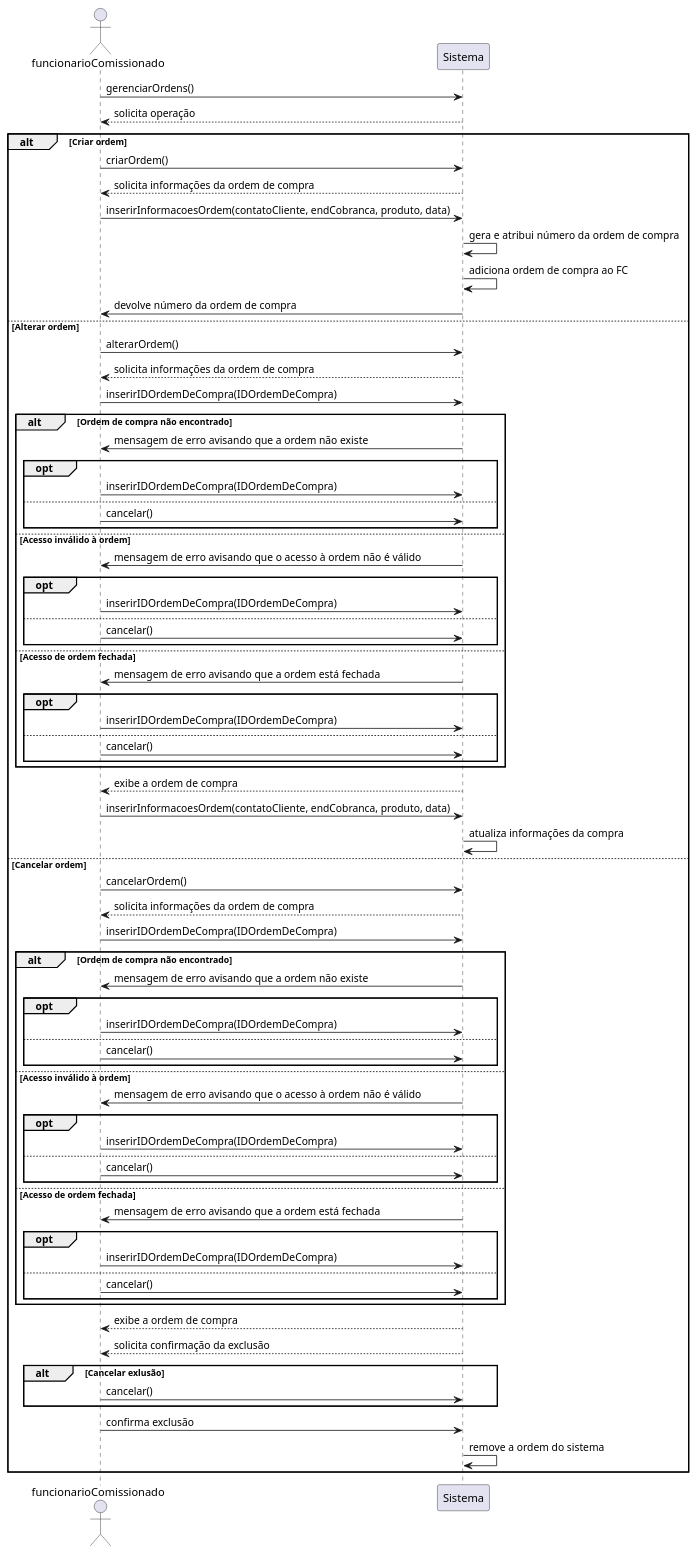
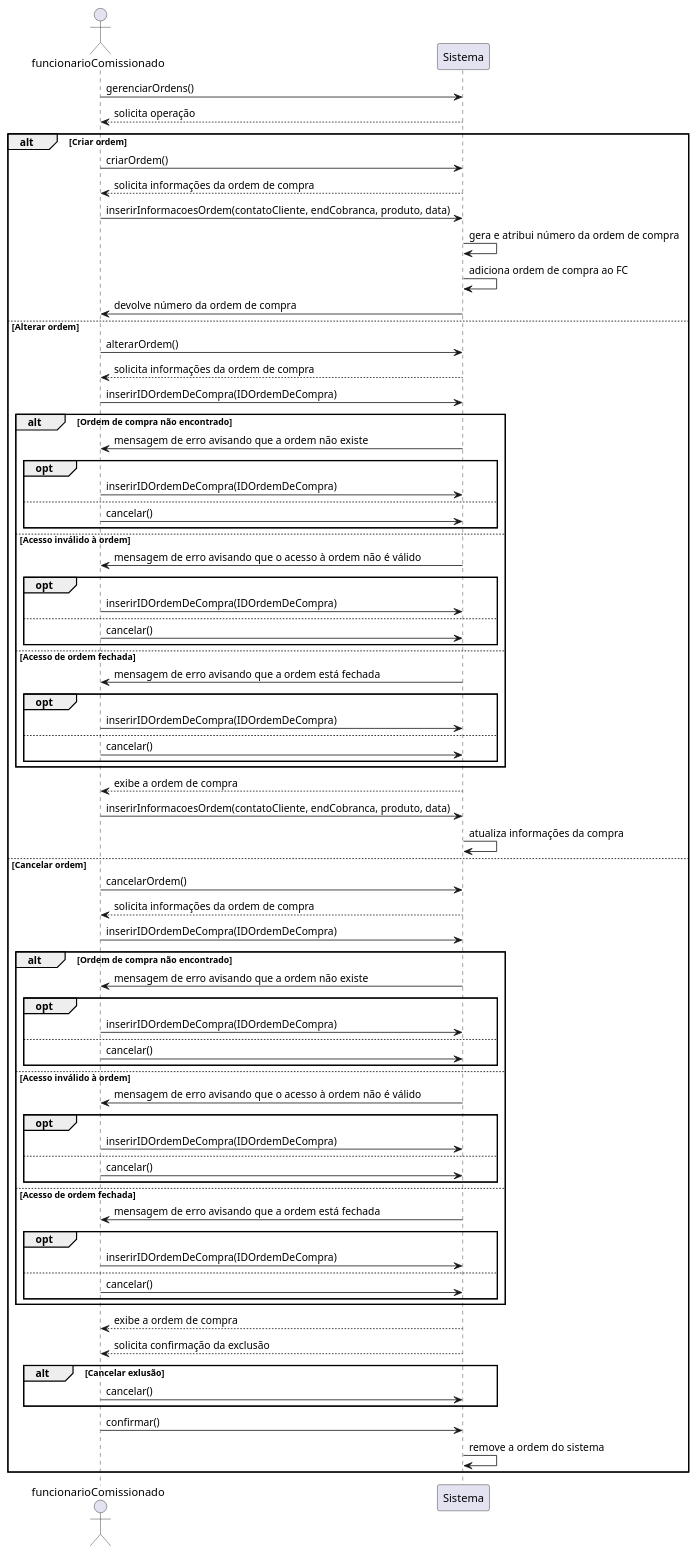
Before and after one commit to tikaradate/CI1163-Design_de_Software: the diagram in casos_de_uso/caso-6/6-DSS.plantuml, drawn with PlantUML. The commit also changed 2 other files, not shown here.

```diff
--- a/casos_de_uso/caso-6/6-DSS.plantuml
+++ b/casos_de_uso/caso-6/6-DSS.plantuml
@@ -1,80 +1,80 @@
 @startuml
 
 actor funcionarioComissionado as FC
 
 FC -> Sistema : gerenciarOrdens()
 FC <-- Sistema : solicita operação
 
 alt Criar ordem
     FC -> Sistema : criarOrdem()
     FC <-- Sistema : solicita informações da ordem de compra
     FC -> Sistema : inserirInformacoesOrdem(contatoCliente, endCobranca, produto, data)
     Sistema -> Sistema : gera e atribui número da ordem de compra
     Sistema -> Sistema : adiciona ordem de compra ao FC
     FC <- Sistema : devolve número da ordem de compra
 else Alterar ordem
     FC -> Sistema : alterarOrdem()
     FC <-- Sistema : solicita informações da ordem de compra
     FC -> Sistema : inserirIDOrdemDeCompra(IDOrdemDeCompra)
     alt Ordem de compra não encontrado
         FC <- Sistema : mensagem de erro avisando que a ordem não existe
         opt
             FC -> Sistema : inserirIDOrdemDeCompra(IDOrdemDeCompra)
         else
             FC -> Sistema : cancelar()
         end
     else Acesso inválido à ordem
         FC <- Sistema : mensagem de erro avisando que o acesso à ordem não é válido
         opt
             FC -> Sistema : inserirIDOrdemDeCompra(IDOrdemDeCompra)
         else
             FC -> Sistema : cancelar()
         end
     else Acesso de ordem fechada
         FC <- Sistema : mensagem de erro avisando que a ordem está fechada
         opt
             FC -> Sistema : inserirIDOrdemDeCompra(IDOrdemDeCompra)
         else
             FC -> Sistema : cancelar()
         end
     end
     FC <-- Sistema : exibe a ordem de compra 
     FC -> Sistema : inserirInformacoesOrdem(contatoCliente, endCobranca, produto, data)
     Sistema -> Sistema : atualiza informações da compra
 else Cancelar ordem
     FC -> Sistema : cancelarOrdem()
     FC <-- Sistema : solicita informações da ordem de compra
     FC -> Sistema : inserirIDOrdemDeCompra(IDOrdemDeCompra)
     alt Ordem de compra não encontrado
         FC <- Sistema : mensagem de erro avisando que a ordem não existe
         opt
             FC -> Sistema : inserirIDOrdemDeCompra(IDOrdemDeCompra)
         else
             FC -> Sistema : cancelar()
         end
     else Acesso inválido à ordem
         FC <- Sistema : mensagem de erro avisando que o acesso à ordem não é válido
         opt
             FC -> Sistema : inserirIDOrdemDeCompra(IDOrdemDeCompra)
         else
             FC -> Sistema : cancelar()
         end
     else Acesso de ordem fechada
         FC <- Sistema : mensagem de erro avisando que a ordem está fechada
         opt
             FC -> Sistema : inserirIDOrdemDeCompra(IDOrdemDeCompra)
         else
             FC -> Sistema : cancelar()
         end
     end
     FC <-- Sistema : exibe a ordem de compra 
     FC <-- Sistema : solicita confirmação da exclusão
     alt Cancelar exlusão
         FC -> Sistema : cancelar()
     end
-    FC -> Sistema : confirma exclusão
+    FC -> Sistema : confirmar()
     Sistema -> Sistema : remove a ordem do sistema
 end
 
 
 @enduml
```
